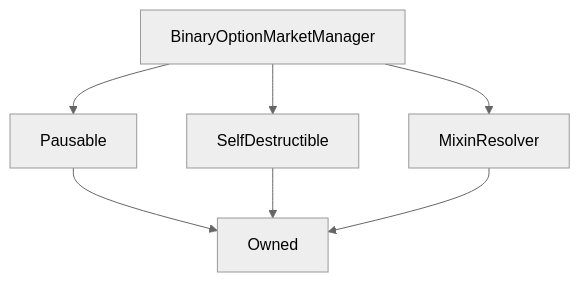
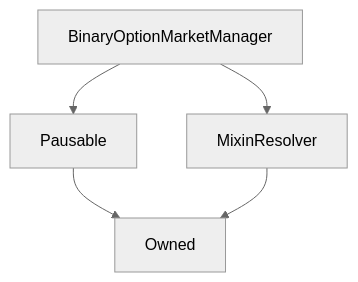
One commit to Synthetixio/synthetix-docs changed the diagram in content/contracts/source/contracts/BinaryOptionMarketManager.md. Above: the diagram before and after it, drawn with Mermaid (neutral theme). The commit also changed other lines of this file and 100 other files, not shown here.

````diff
--- a/content/contracts/source/contracts/BinaryOptionMarketManager.md
+++ b/content/contracts/source/contracts/BinaryOptionMarketManager.md
@@ -43,10 +43,8 @@
 ```mermaid
 graph TD
     BinaryOptionMarketManager[BinaryOptionMarketManager] --> Pausable[Pausable]
-    BinaryOptionMarketManager[BinaryOptionMarketManager] --> SelfDestructible[SelfDestructible]
     BinaryOptionMarketManager[BinaryOptionMarketManager] --> MixinResolver[MixinResolver]
     Pausable[Pausable] --> Owned[Owned]
-    SelfDestructible[SelfDestructible] --> Owned[Owned]
     MixinResolver[MixinResolver] --> Owned[Owned]
 
 ```
````
